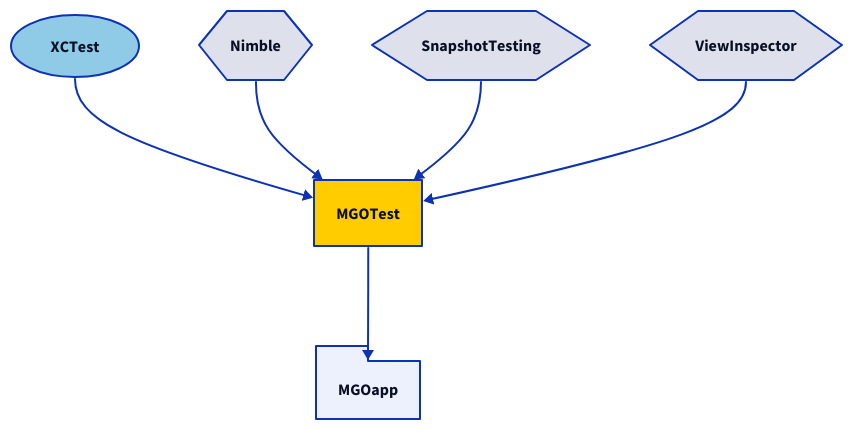
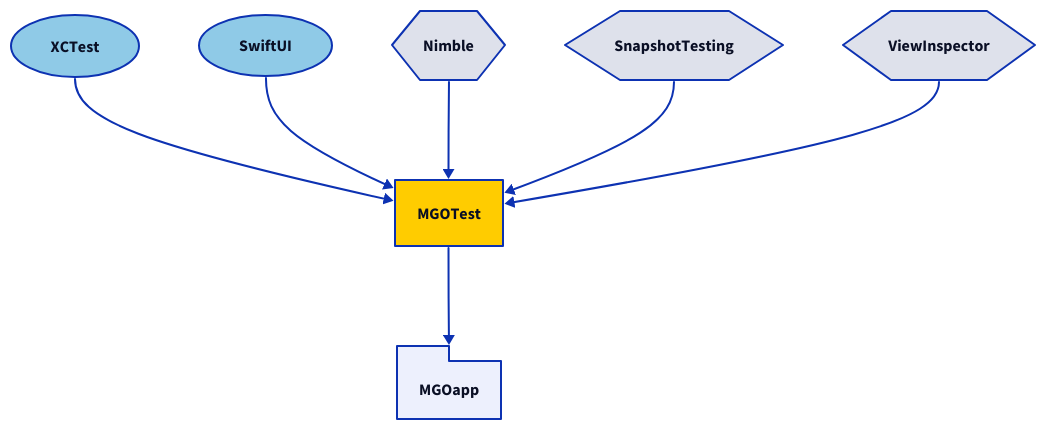
One commit to minvws/nl-mgo-app-ios changed the diagram in Diagrams/packages-testonly.d2. Above: the diagram before and after it, drawn with D2. The commit also changed 1 other file, not shown here.

Commit message:
docs: Updated dependency graph

```diff
--- a/Diagrams/packages-testonly.d2
+++ b/Diagrams/packages-testonly.d2
@@ -1,34 +1,37 @@
 direction: down
 
 # Apple
 XCTest: {
+  shape: oval
+  style.fill: "#8FCAE7"
+}
+SwiftUI: {
   shape: oval
   style.fill: "#8FCAE7"
 }
 
 # Third Party
 Nimble: {
   shape: hexagon
 }
 SnapshotTesting: {
   shape: hexagon
 }
 ViewInspector: {
   shape: hexagon
 }
 
 # The application
-
 MGOapp: {
   shape: package
 }
 
 MGOapp <- MGOTest
 
 # - Packages - 
-
 MGOTest { style.fill: "#ffcc00" }
 MGOTest <- XCTest
+MGOTest <- SwiftUI
 MGOTest <- Nimble
 MGOTest <- SnapshotTesting
 MGOTest <- ViewInspector
```
